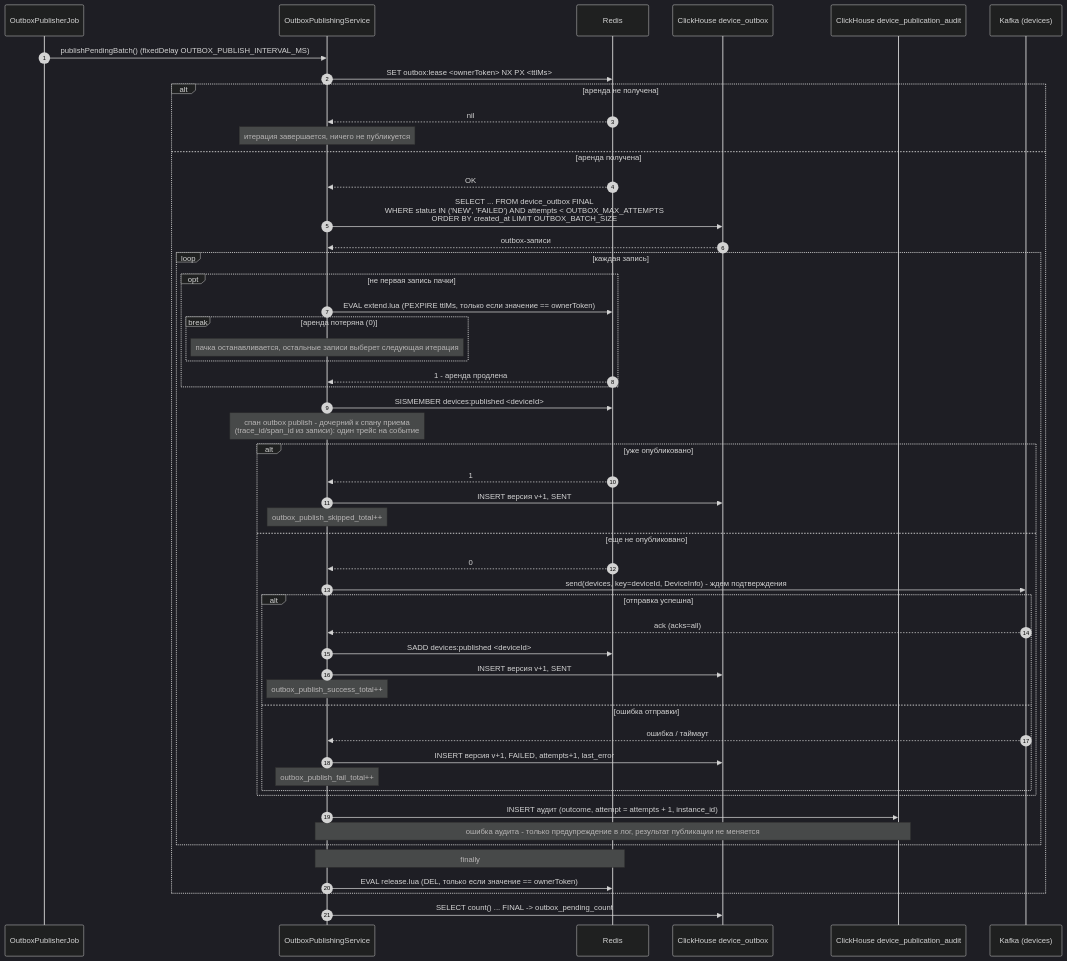
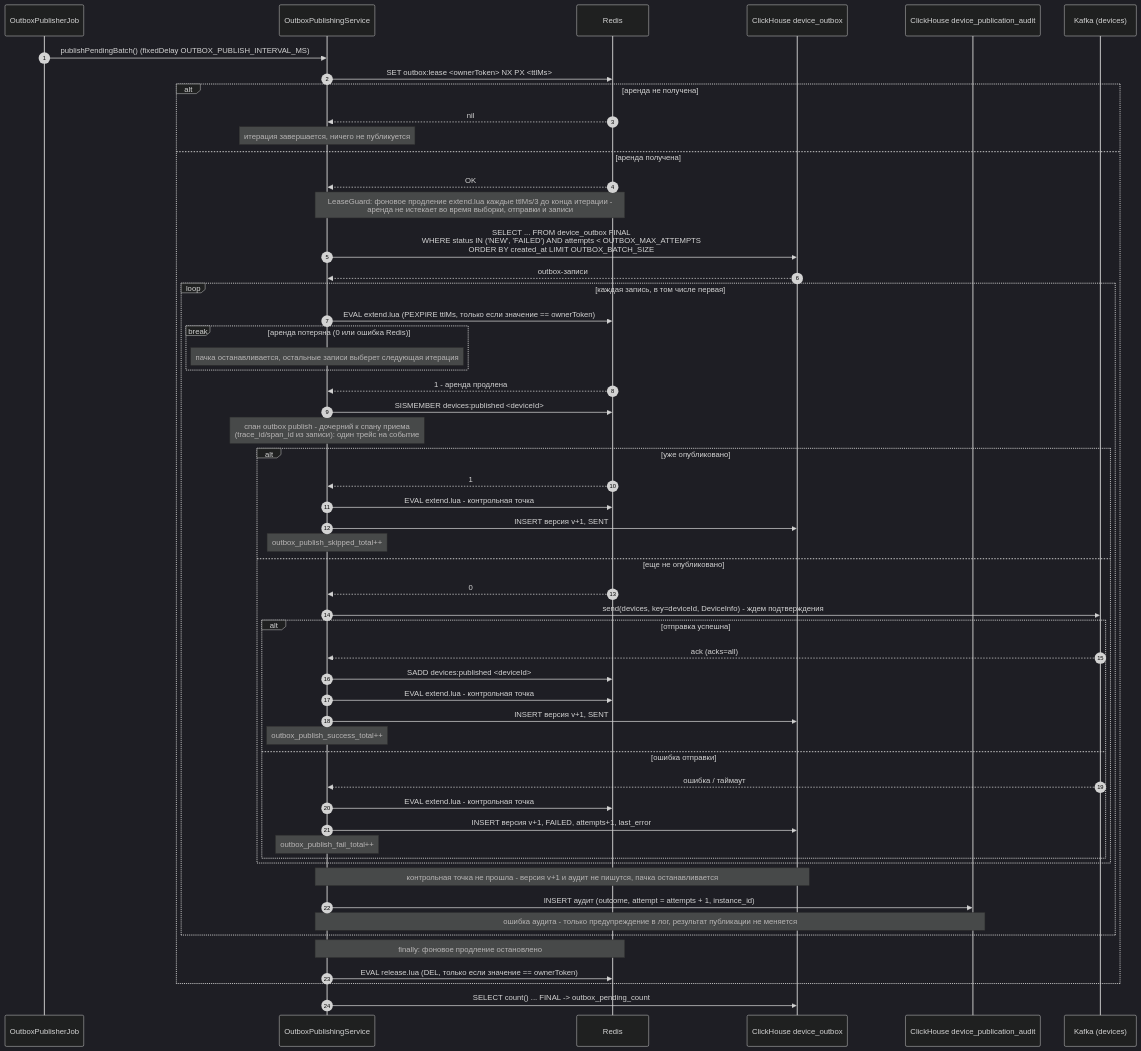
One commit to gluhov-d/iot-platform changed the diagram in diagrams/sequence-outbox-publish.mmd. Above: the diagram before and after it, drawn with Mermaid (dark theme). The commit also changed 9 other files, not shown here.

```diff
--- a/diagrams/sequence-outbox-publish.mmd
+++ b/diagrams/sequence-outbox-publish.mmd
@@ -1,54 +1,57 @@
 %% Фоновая публикация outbox: один активный публикатор через Redis-аренду
 sequenceDiagram
     autonumber
     participant J as OutboxPublisherJob
     participant P as OutboxPublishingService
     participant R as Redis
     participant CH as ClickHouse device_outbox
     participant A as ClickHouse device_publication_audit
     participant K as Kafka (devices)
 
     J->>P: publishPendingBatch() (fixedDelay OUTBOX_PUBLISH_INTERVAL_MS)
     P->>R: SET outbox:lease <ownerToken> NX PX <ttlMs>
     alt аренда не получена
         R-->>P: nil
         Note over P: итерация завершается, ничего не публикуется
     else аренда получена
         R-->>P: OK
+        Note over P,R: LeaseGuard: фоновое продление extend.lua каждые ttlMs/3 до конца итерации -<br/>аренда не истекает во время выборки, отправки и записи
         P->>CH: SELECT ... FROM device_outbox FINAL<br/>WHERE status IN ('NEW', 'FAILED') AND attempts < OUTBOX_MAX_ATTEMPTS<br/>ORDER BY created_at LIMIT OUTBOX_BATCH_SIZE
         CH-->>P: outbox-записи
-        loop каждая запись
-            opt не первая запись пачки
-                P->>R: EVAL extend.lua (PEXPIRE ttlMs, только если значение == ownerToken)
-                break аренда потеряна (0)
-                    Note over P: пачка останавливается, остальные записи выберет следующая итерация
-                end
-                R-->>P: 1 - аренда продлена
+        loop каждая запись, в том числе первая
+            P->>R: EVAL extend.lua (PEXPIRE ttlMs, только если значение == ownerToken)
+            break аренда потеряна (0 или ошибка Redis)
+                Note over P: пачка останавливается, остальные записи выберет следующая итерация
             end
+            R-->>P: 1 - аренда продлена
             P->>R: SISMEMBER devices:published <deviceId>
             Note over P: спан outbox publish - дочерний к спану приема<br/>(trace_id/span_id из записи): один трейс на событие
             alt уже опубликовано
                 R-->>P: 1
+                P->>R: EVAL extend.lua - контрольная точка
                 P->>CH: INSERT версия v+1, SENT
                 Note over P: outbox_publish_skipped_total++
             else еще не опубликовано
                 R-->>P: 0
                 P->>K: send(devices, key=deviceId, DeviceInfo) - ждем подтверждения
                 alt отправка успешна
                     K-->>P: ack (acks=all)
                     P->>R: SADD devices:published <deviceId>
+                    P->>R: EVAL extend.lua - контрольная точка
                     P->>CH: INSERT версия v+1, SENT
                     Note over P: outbox_publish_success_total++
                 else ошибка отправки
                     K-->>P: ошибка / таймаут
+                    P->>R: EVAL extend.lua - контрольная точка
                     P->>CH: INSERT версия v+1, FAILED, attempts+1, last_error
                     Note over P: outbox_publish_fail_total++
                 end
             end
+            Note over P,CH: контрольная точка не прошла - версия v+1 и аудит не пишутся, пачка останавливается
             P->>A: INSERT аудит (outcome, attempt = attempts + 1, instance_id)
             Note over P,A: ошибка аудита - только предупреждение в лог, результат публикации не меняется
         end
-        Note over P,R: finally
+        Note over P,R: finally: фоновое продление остановлено
         P->>R: EVAL release.lua (DEL, только если значение == ownerToken)
     end
     P->>CH: SELECT count() ... FINAL -> outbox_pending_count
```
